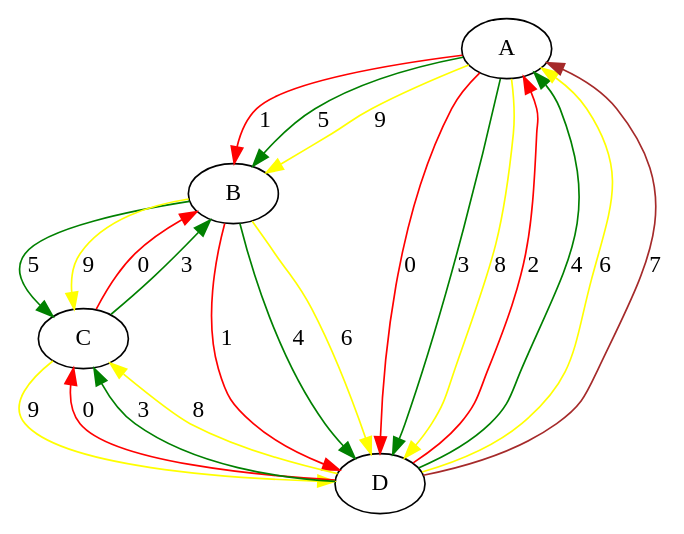
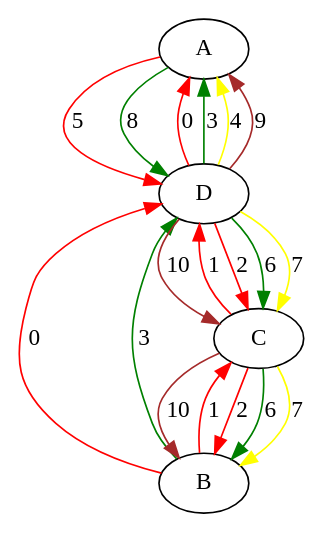
One commit to Hebbe1234/ExpectAll changed the diagram in src/assignedGraphs/assigned.dot. Above: the diagram before and after it, drawn with Graphviz. The commit also changed 4 other files, not shown here.

```diff
--- a/src/assignedGraphs/assigned.dot
+++ b/src/assignedGraphs/assigned.dot
@@ -1,27 +1,24 @@
 digraph "G" {
 A;
 B;
 C;
 D;
-A -> D  [color=red, key=0, label=0];
-A -> D  [color=green, key=1, label=3];
-A -> D  [color=yellow, key=2, label=8];
-A -> B  [color=red, key=0, label=1];
-A -> B  [color=green, key=1, label=5];
-A -> B  [color=yellow, key=2, label=9];
-B -> D  [color=red, key=0, label=1];
-B -> D  [color=green, key=1, label=4];
-B -> D  [color=yellow, key=2, label=6];
-B -> C  [color=green, key=0, label=5];
-B -> C  [color=yellow, key=1, label=9];
-C -> B  [color=red, key=0, label=0];
-C -> B  [color=green, key=1, label=3];
-C -> D  [color=yellow, key=0, label=9];
-D -> C  [color=red, key=0, label=0];
-D -> C  [color=green, key=1, label=3];
-D -> C  [color=yellow, key=2, label=8];
-D -> A  [color=red, key=0, label=2];
-D -> A  [color=green, key=1, label=4];
-D -> A  [color=yellow, key=2, label=6];
-D -> A  [color=brown, key=3, label=7];
+A -> D  [color=red, key=0, label=5];
+A -> D  [color=green, key=1, label=8];
+B -> D  [color=red, key=0, label=0];
+B -> D  [color=green, key=1, label=3];
+B -> C  [color=red, key=0, label=1];
+C -> D  [color=red, key=0, label=1];
+C -> B  [color=red, key=0, label=2];
+C -> B  [color=green, key=1, label=6];
+C -> B  [color=yellow, key=2, label=7];
+C -> B  [color=brown, key=3, label=10];
+D -> A  [color=red, key=0, label=0];
+D -> A  [color=green, key=1, label=3];
+D -> A  [color=yellow, key=2, label=4];
+D -> A  [color=brown, key=3, label=9];
+D -> C  [color=red, key=0, label=2];
+D -> C  [color=green, key=1, label=6];
+D -> C  [color=yellow, key=2, label=7];
+D -> C  [color=brown, key=3, label=10];
 }
```
